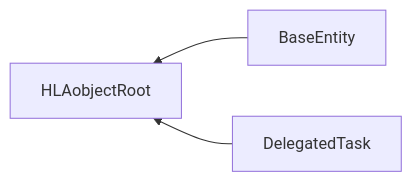
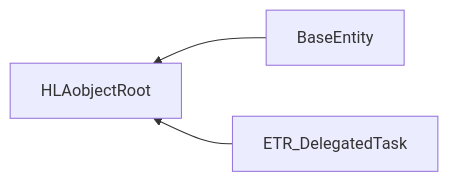
Before and after one commit to AMSP-04/NETN-ETR: the first of 2 diagrams in NETN-ETR.md, drawn with Mermaid. The commit also changed other lines of this file and 3 other files, not shown here.

````diff
--- a/NETN-ETR.md
+++ b/NETN-ETR.md
@@ -96,5 +68,5 @@
 ```mermaid
 graph RL
 BaseEntity-->HLAobjectRoot
-DelegatedTask-->HLAobjectRoot
+ETR_DelegatedTask-->HLAobjectRoot
 ```
````
